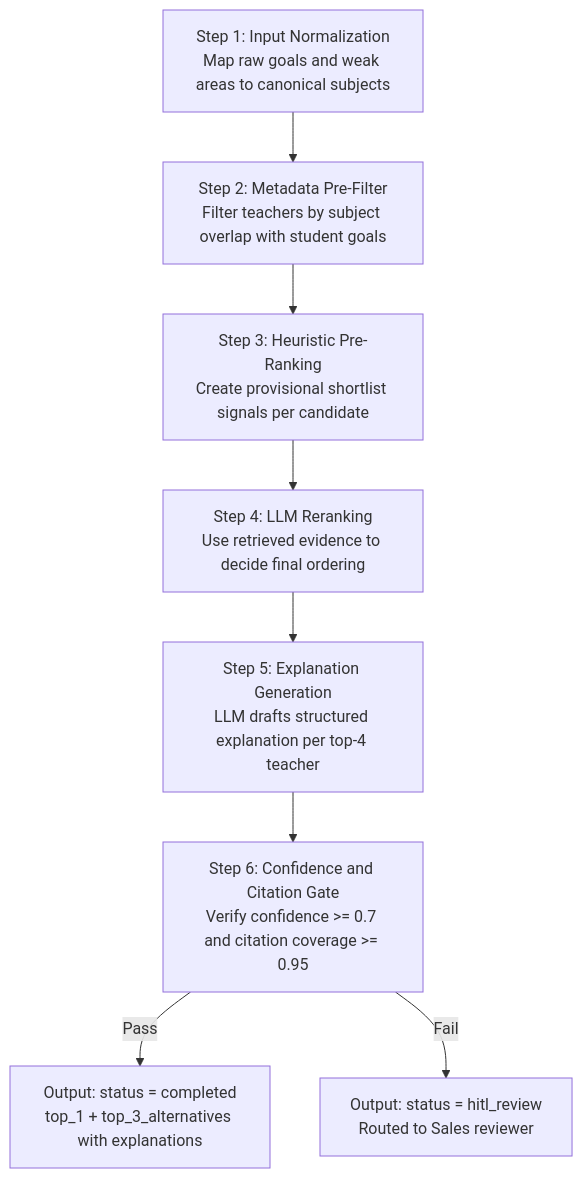
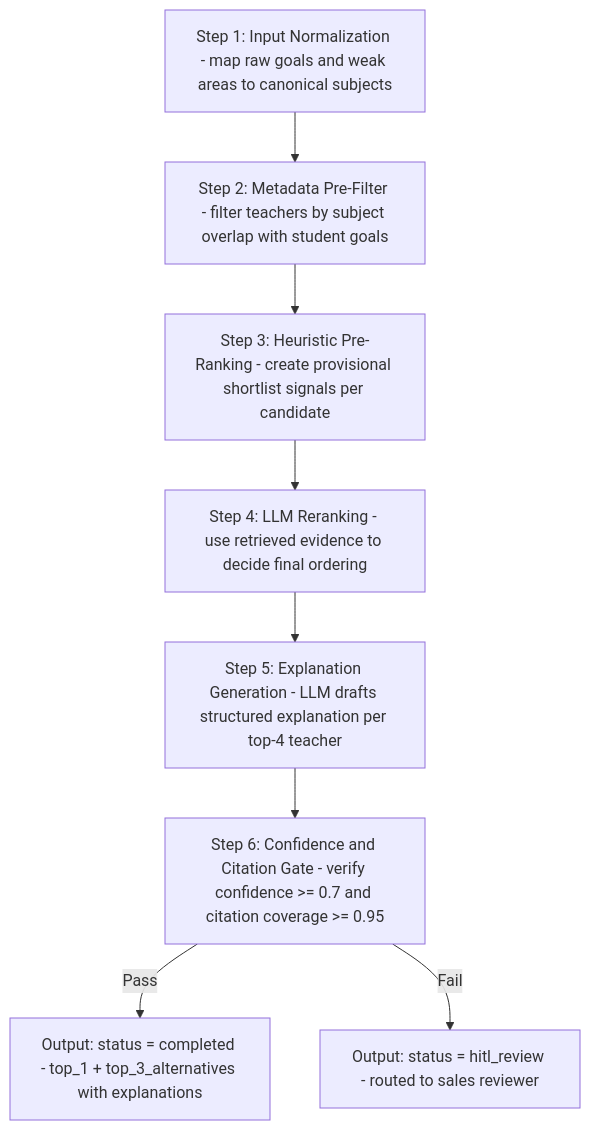
One commit to JackTran15/TF_AI_Engineer_Assignment changed the first of 2 diagrams in output.md. Above: the diagram before and after it, drawn with Mermaid. The commit also changed other lines of this file and 7 other files, not shown here.

````diff
--- a/output.md
+++ b/output.md
@@ -9,19 +11,19 @@
 ```mermaid
 flowchart TD
-    normalize["Step 1: Input Normalization\nMap raw goals and weak areas to canonical subjects"]
-    filter["Step 2: Metadata Pre-Filter\nFilter teachers by subject overlap with student goals"]
-    score["Step 3: Heuristic Pre-Ranking\nCreate provisional shortlist signals per candidate"]
-    rerank["Step 4: LLM Reranking\nUse retrieved evidence to decide final ordering"]
-    explain["Step 5: Explanation Generation\nLLM drafts structured explanation per top-4 teacher"]
-    gate["Step 6: Confidence and Citation Gate\nVerify confidence >= 0.7 and citation coverage >= 0.95"]
-    completed["Output: status = completed\ntop_1 + top_3_alternatives with explanations"]
-    hitl["Output: status = hitl_review\nRouted to Sales reviewer"]
+    normalize["Step 1: Input Normalization - map raw goals and weak areas to canonical subjects"]
+    filter["Step 2: Metadata Pre-Filter - filter teachers by subject overlap with student goals"]
+    score["Step 3: Heuristic Pre-Ranking - create provisional shortlist signals per candidate"]
+    rerank["Step 4: LLM Reranking - use retrieved evidence to decide final ordering"]
+    explain["Step 5: Explanation Generation - LLM drafts structured explanation per top-4 teacher"]
+    gate["Step 6: Confidence and Citation Gate - verify confidence >= 0.7 and citation coverage >= 0.95"]
+    completed["Output: status = completed - top_1 + top_3_alternatives with explanations"]
+    hitl["Output: status = hitl_review - routed to sales reviewer"]
 
     normalize --> filter
     filter --> score
     score --> rerank
     rerank --> explain
     explain --> gate
     gate -->|"Pass"| completed
     gate -->|"Fail"| hitl
 ```
````
